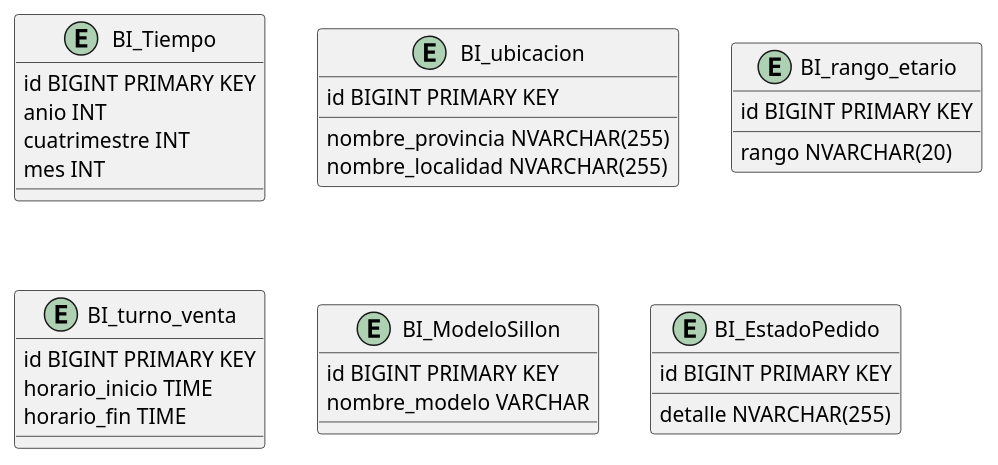
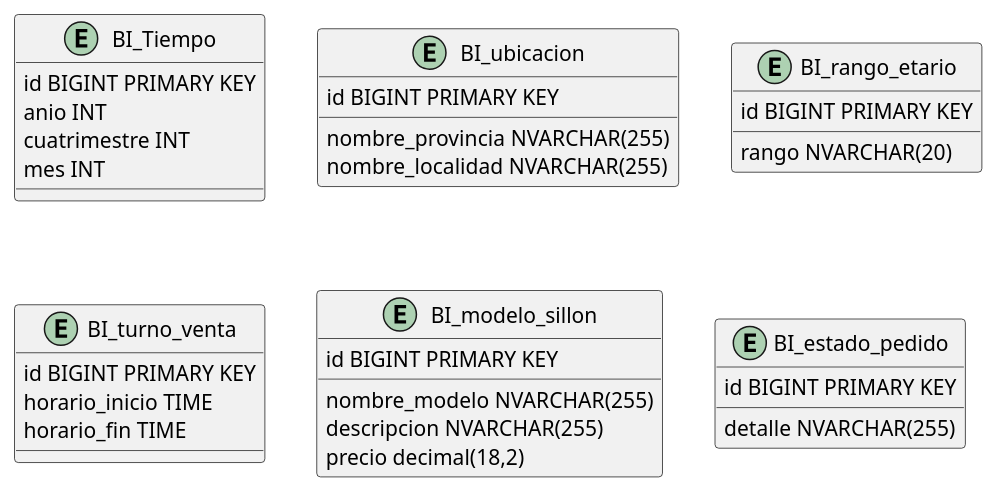
The diagram in der.puml (andrycarrasco/rejunte-sa-91), drawn with PlantUML before and after one commit.

```diff
--- a/der.puml
+++ b/der.puml
@@ -1,37 +1,37 @@
 @startuml
-
 entity BI_Tiempo {
   id BIGINT PRIMARY KEY
   anio INT
   cuatrimestre INT
   mes INT
 }
 
 entity BI_ubicacion {
   id BIGINT PRIMARY KEY
   nombre_provincia NVARCHAR(255)
   nombre_localidad NVARCHAR(255)
 }
 
 entity BI_rango_etario {
   id BIGINT PRIMARY KEY
   rango NVARCHAR(20)
 }
 
 entity BI_turno_venta {
   id BIGINT PRIMARY KEY
   horario_inicio TIME
   horario_fin TIME
 }
 
-entity BI_ModeloSillon {
+entity BI_modelo_sillon {
   id BIGINT PRIMARY KEY
-  nombre_modelo VARCHAR
+  nombre_modelo NVARCHAR(255)
+  descripcion NVARCHAR(255)
+  precio decimal(18,2)
 }
 
-entity BI_EstadoPedido {
+entity BI_estado_pedido {
   id BIGINT PRIMARY KEY
   detalle NVARCHAR(255)
 }
-
 @enduml
```
